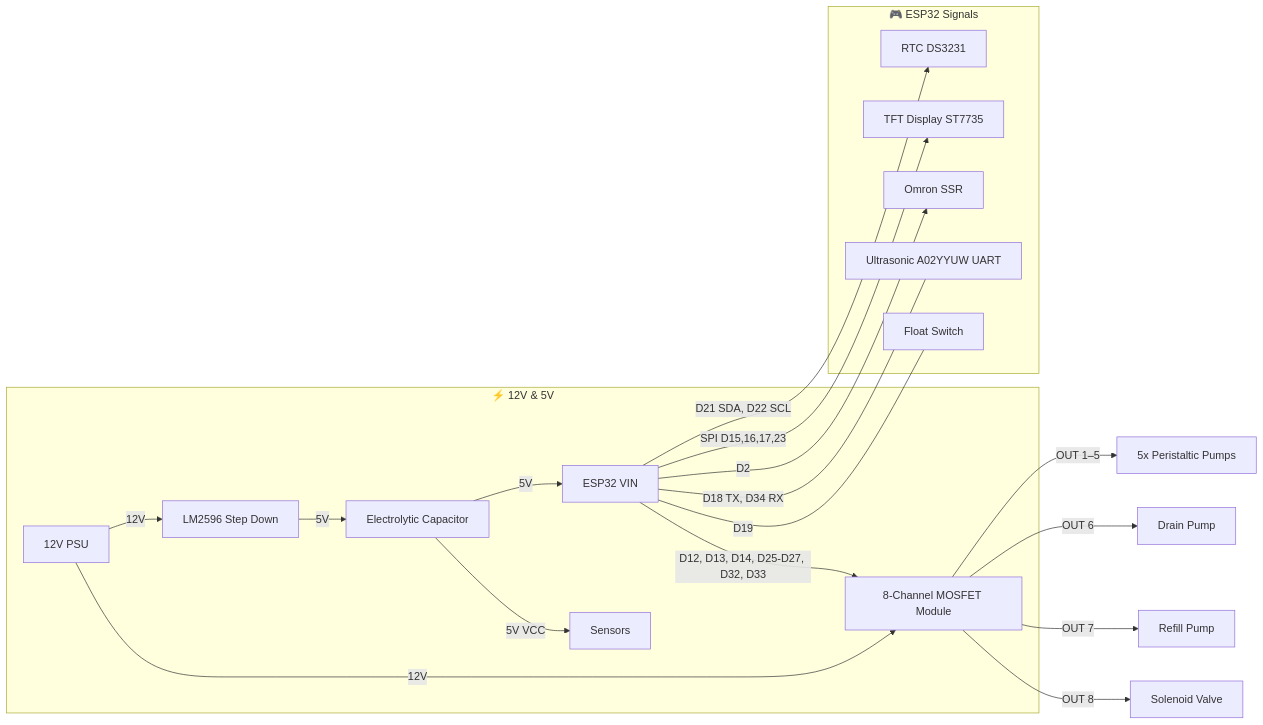
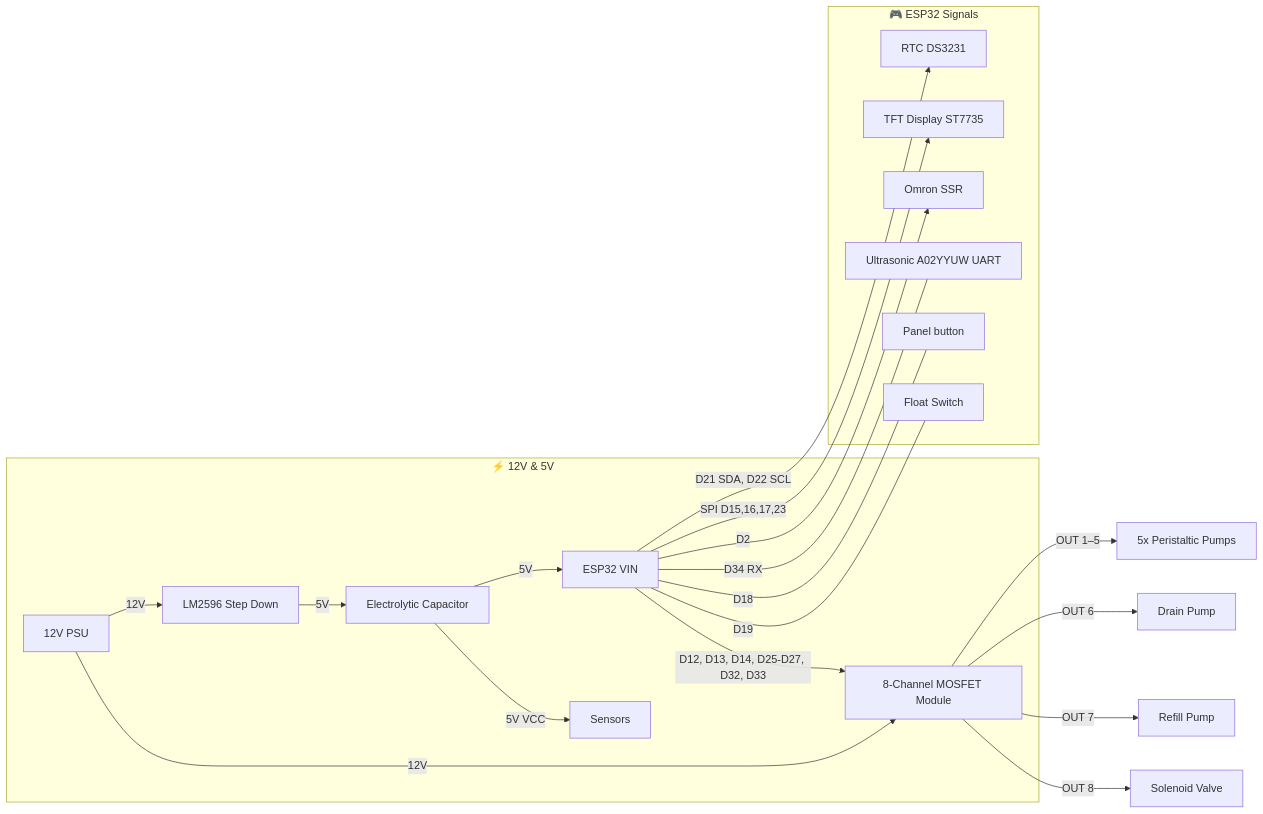
Before and after one commit to PhilipeGatis/IARA: the second of 2 diagrams in README.md, drawn with Mermaid. The commit also changed other lines of this file and 36 other files, not shown here.

````diff
--- a/README.md
+++ b/README.md
@@ -112,24 +112,25 @@
 ```mermaid
 graph LR
   subgraph Power [⚡ 12V & 5V]
     PSU[12V PSU] -->|12V| MOSFET[8-Channel MOSFET Module]
     PSU -->|12V| LM2596[LM2596 Step Down]
     LM2596 -->|5V| Cap[Electrolytic Capacitor]
     Cap -->|5V| ESP32[ESP32 VIN]
     Cap -->|5V VCC| SENS[Sensors]
   end
 
   subgraph Signals [🎮 ESP32 Signals]
     ESP32 -->|D21 SDA, D22 SCL| I2C[RTC DS3231]
     ESP32 -->|SPI D15,16,17,23| TFT[TFT Display ST7735]
     ESP32 -->|D12, D13, D14, D25-D27, D32, D33| MOSFET
     ESP32 -->|D2| SSR[Omron SSR]
-    ESP32 ---|D18 TX, D34 RX| Ultra[Ultrasonic A02YYUW UART]
+    ESP32 ---|D34 RX| Ultra[Ultrasonic A02YYUW UART]
+    ESP32 ---|D18| Button[Panel button]
     ESP32 ---|D19| Float[Float Switch]
   end
 
   MOSFET -->|OUT 1–5| Peristaltic[5x Peristaltic Pumps]
   MOSFET -->|OUT 6| Drain[Drain Pump]
   MOSFET -->|OUT 7| Refill[Refill Pump]
   MOSFET -->|OUT 8| Solenoid[Solenoid Valve]
 ```
````
